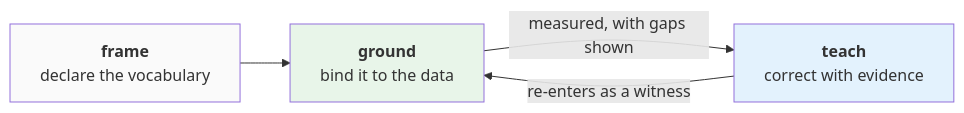
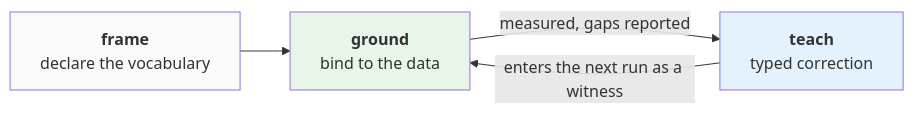
The diagram in docs/concepts/frame-ground-teach.md (dataraum/dataraum), drawn with Mermaid before and after one commit. The commit also changed other lines of this file and 3 other files, not shown here.

````diff
--- a/docs/concepts/frame-ground-teach.md
+++ b/docs/concepts/frame-ground-teach.md
@@ -8,12 +7,12 @@
 ```mermaid
 flowchart LR
     F["<b>frame</b><br/>declare the vocabulary"]
-    G["<b>ground</b><br/>bind it to the data"]
-    T["<b>teach</b><br/>correct with evidence"]
+    G["<b>ground</b><br/>bind to the data"]
+    T["<b>teach</b><br/>typed correction"]
     F --> G
-    G -->|"measured, with gaps shown"| T
-    T -->|"re-enters as a witness"| G
+    G -->|"measured, gaps reported"| T
+    T -->|"enters the next run as a witness"| G
     style F fill:#fafafa
     style G fill:#e8f5e9
     style T fill:#e3f2fd
 ```
````
